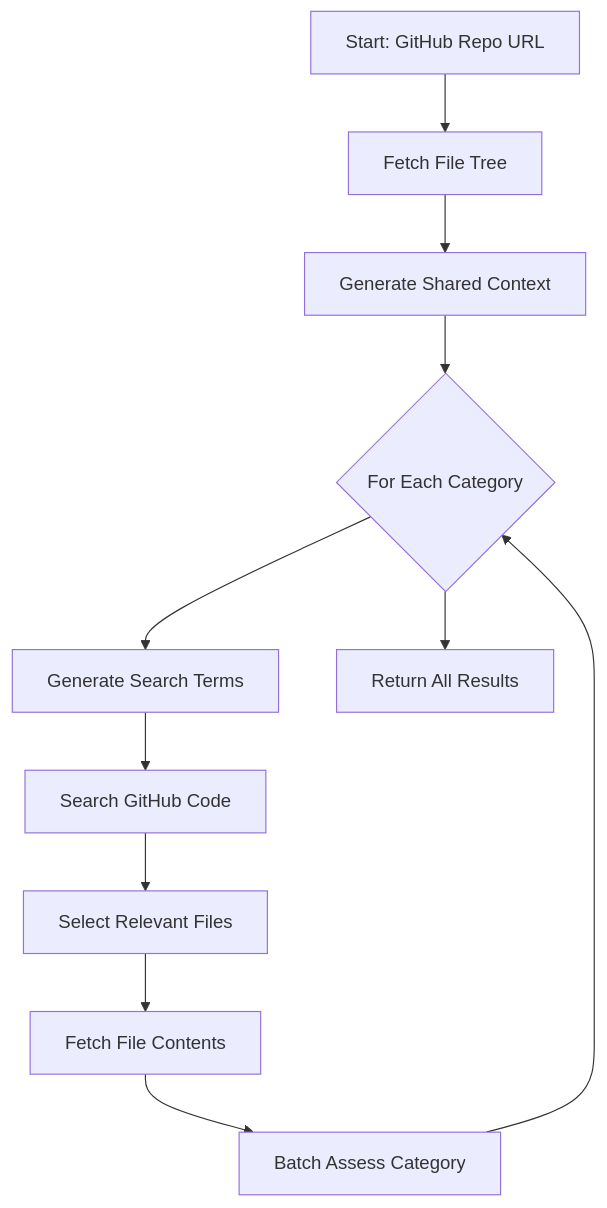
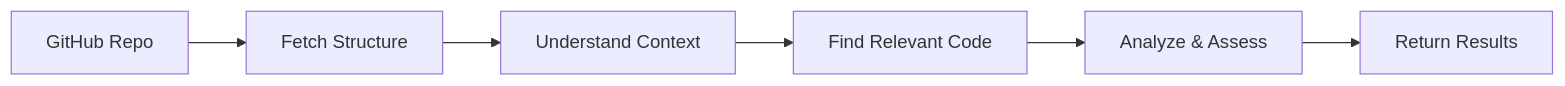
Before and after one commit to JamesMMiller/pra-assess-api: the diagram in README.md, drawn with Mermaid. The commit also changed other lines of this file, not shown here.

````diff
--- a/README.md
+++ b/README.md
@@ -23,13 +40,8 @@
 ```mermaid
-graph TD
-    A[Start: GitHub Repo URL] --> B[Fetch File Tree]
-    B --> C[Generate Shared Context]
-    C --> D{For Each Category}
-    D --> E[Generate Search Terms]
-    E --> F[Search GitHub Code]
-    F --> G[Select Relevant Files]
-    G --> H[Fetch File Contents]
-    H --> I[Batch Assess Category]
-    I --> D
-    D --> J[Return All Results]
+graph LR
+    A[GitHub Repo] --> B[Fetch Structure]
+    B --> C[Understand Context]
+    C --> D[Find Relevant Code]
+    D --> E[Analyze & Assess]
+    E --> F[Return Results]
 ```
````
